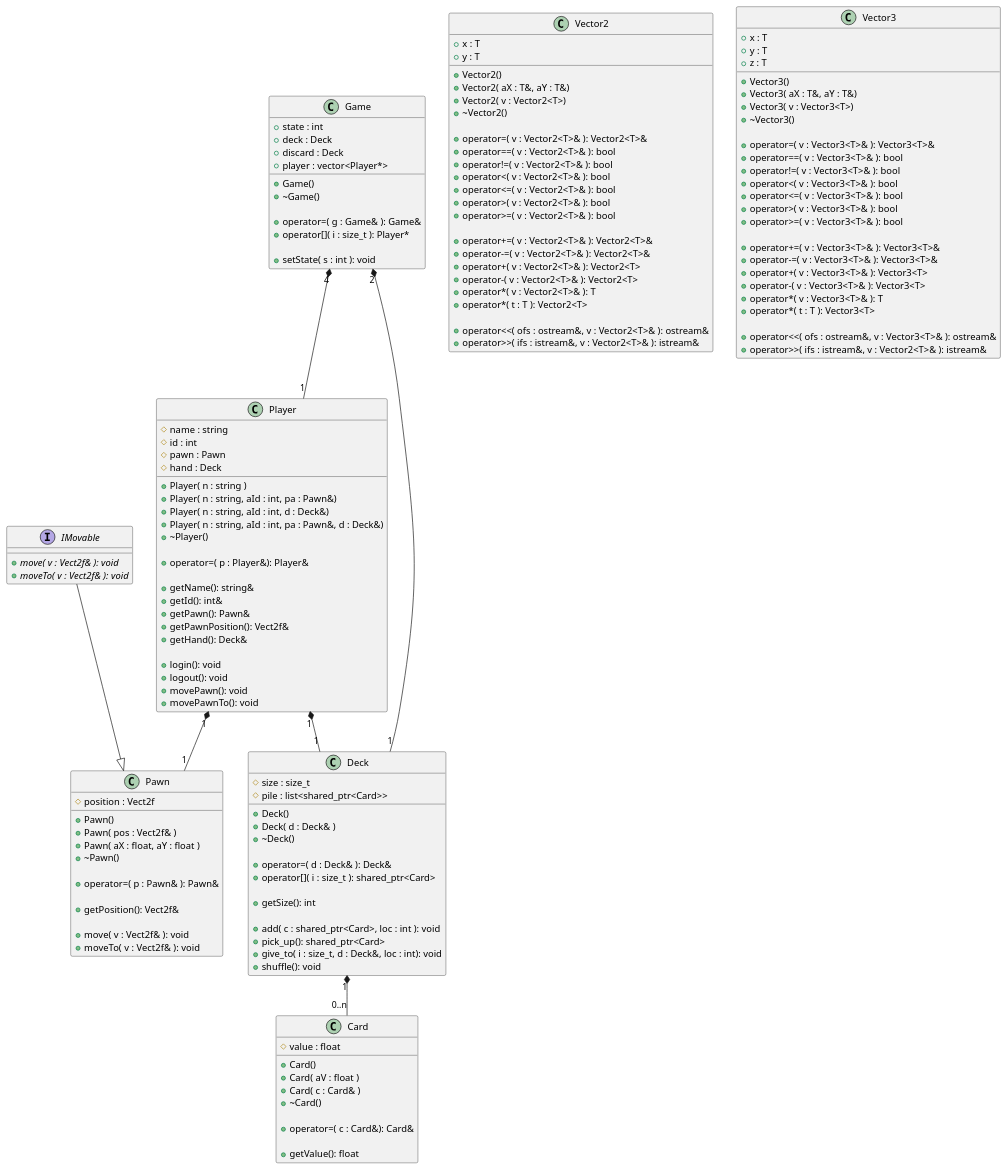
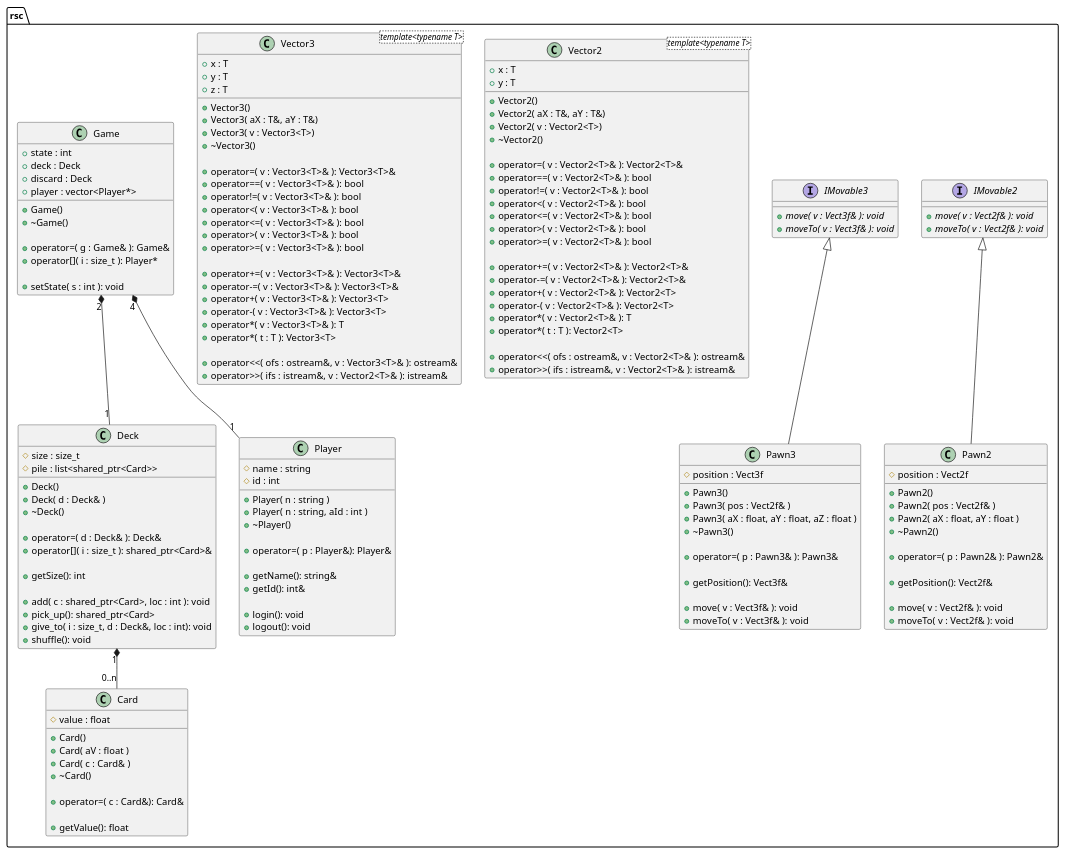
The diagram in UML.puml (Flosilver/libRosace-dev), drawn with PlantUML before and after one commit. The commit also changed 10 other files, not shown here.

Commit message:
clean Player + division of IMovable and Pawn

```diff
--- a/UML.puml
+++ b/UML.puml
@@ -1,169 +1,178 @@
 @startuml UML
 
-interface IMovable{
+set namespaceSeparator ::
+
+interface rsc::IMovable2{
     + {abstract} move( v : Vect2f& ): void
     + {abstract} moveTo( v : Vect2f& ): void
 }
 
+interface rsc::IMovable3{
+    + {abstract} move( v : Vect3f& ): void
+    + {abstract} moveTo( v : Vect3f& ): void
+}
 
-class Vector2 {
+class rsc::Vector2<template<typename T>> {
     + x : T
     + y : T 
 
     + Vector2()
     + Vector2( aX : T&, aY : T&)
     + Vector2( v : Vector2<T>)
     + ~Vector2()
 
     + operator=( v : Vector2<T>& ): Vector2<T>&
     + operator==( v : Vector2<T>& ): bool
     + operator!=( v : Vector2<T>& ): bool
     + operator<( v : Vector2<T>& ): bool
     + operator<=( v : Vector2<T>& ): bool
     + operator>( v : Vector2<T>& ): bool
     + operator>=( v : Vector2<T>& ): bool
 
     + operator+=( v : Vector2<T>& ): Vector2<T>&
     + operator-=( v : Vector2<T>& ): Vector2<T>&
     + operator+( v : Vector2<T>& ): Vector2<T>
     + operator-( v : Vector2<T>& ): Vector2<T>
     + operator*( v : Vector2<T>& ): T
     + operator*( t : T ): Vector2<T>
 
     + operator<<( ofs : ostream&, v : Vector2<T>& ): ostream&
     + operator>>( ifs : istream&, v : Vector2<T>& ): istream&
 }
 
-class Vector3 {
+class rsc::Vector3<template<typename T>> {
     + x : T
     + y : T 
     + z : T
 
     + Vector3()
     + Vector3( aX : T&, aY : T&)
     + Vector3( v : Vector3<T>)
     + ~Vector3()
 
     + operator=( v : Vector3<T>& ): Vector3<T>&
     + operator==( v : Vector3<T>& ): bool
     + operator!=( v : Vector3<T>& ): bool
     + operator<( v : Vector3<T>& ): bool
     + operator<=( v : Vector3<T>& ): bool
     + operator>( v : Vector3<T>& ): bool
     + operator>=( v : Vector3<T>& ): bool
 
     + operator+=( v : Vector3<T>& ): Vector3<T>&
     + operator-=( v : Vector3<T>& ): Vector3<T>&
     + operator+( v : Vector3<T>& ): Vector3<T>
     + operator-( v : Vector3<T>& ): Vector3<T>
     + operator*( v : Vector3<T>& ): T
     + operator*( t : T ): Vector3<T>
 
     + operator<<( ofs : ostream&, v : Vector3<T>& ): ostream&
     + operator>>( ifs : istream&, v : Vector2<T>& ): istream&
 }
 
 
-class Card
+class rsc::Card
 {
     # value : float
 
     + Card()
     + Card( aV : float )
     + Card( c : Card& )
     + ~Card()
 
     + operator=( c : Card&): Card&
     
     + getValue(): float
 }
 
-class Deck{
+class rsc::Deck{
     # size : size_t
     # pile : list<shared_ptr<Card>>
 
     + Deck()
     + Deck( d : Deck& )
     + ~Deck()
 
     + operator=( d : Deck& ): Deck&
-    + operator[]( i : size_t ): shared_ptr<Card>
+    + operator[]( i : size_t ): shared_ptr<Card>&
 
     + getSize(): int
 
     + add( c : shared_ptr<Card>, loc : int ): void
     + pick_up(): shared_ptr<Card>
     + give_to( i : size_t, d : Deck&, loc : int): void
     + shuffle(): void
 }
 
-class Player{
+class rsc::Player{
     # name : string
     # id : int
-    # pawn : Pawn
-    # hand : Deck
     
     + Player( n : string )
-    + Player( n : string, aId : int, pa : Pawn&)
-    + Player( n : string, aId : int, d : Deck&)
-    + Player( n : string, aId : int, pa : Pawn&, d : Deck&)
+    + Player( n : string, aId : int )
     + ~Player()
 
     + operator=( p : Player&): Player&
 
     + getName(): string&
     + getId(): int&
-    + getPawn(): Pawn&
-    + getPawnPosition(): Vect2f&
-    + getHand(): Deck&
 
     + login(): void
     + logout(): void
-    + movePawn(): void
-    + movePawnTo(): void
 }
 
-class Pawn{
+class rsc::Pawn2{
     # position : Vect2f
 
-    + Pawn()
-    + Pawn( pos : Vect2f& )
-    + Pawn( aX : float, aY : float )
-    + ~Pawn()
+    + Pawn2()
+    + Pawn2( pos : Vect2f& )
+    + Pawn2( aX : float, aY : float )
+    + ~Pawn2()
 
-    + operator=( p : Pawn& ): Pawn&
+    + operator=( p : Pawn2& ): Pawn2&
 
     + getPosition(): Vect2f&
 
     + move( v : Vect2f& ): void
     + moveTo( v : Vect2f& ): void
 }
 
-class Game{
+class rsc::Pawn3{
+    # position : Vect3f
+
+    + Pawn3()
+    + Pawn3( pos : Vect2f& )
+    + Pawn3( aX : float, aY : float, aZ : float )
+    + ~Pawn3()
+
+    + operator=( p : Pawn3& ): Pawn3&
+
+    + getPosition(): Vect3f&
+
+    + move( v : Vect3f& ): void
+    + moveTo( v : Vect3f& ): void
+}
+
+class rsc::Game{
     + state : int
     + deck : Deck
     + discard : Deck
     + player : vector<Player*>
 
     + Game()
     + ~Game()
 
     + operator=( g : Game& ): Game&
     + operator[]( i : size_t ): Player*
 
     + setState( s : int ): void
 }
 
-IMovable --|> Pawn
+rsc::IMovable2 <|-- rsc::Pawn2
+rsc::IMovable3 <|-- rsc::Pawn3
 
+rsc::Deck "1" *-- "0..n" rsc::Card
 
-
-Deck "1" *-- "0..n" Card
-
-Player "1" *-- "1" Pawn
-Player "1" *-- "1" Deck
-
-Game "4" *-- "1" Player
-Game "2" *-- "1" Deck
+rsc::Game "4" *-- "1" rsc::Player
+rsc::Game "2" *-- "1" rsc::Deck
 
 @enduml
```
